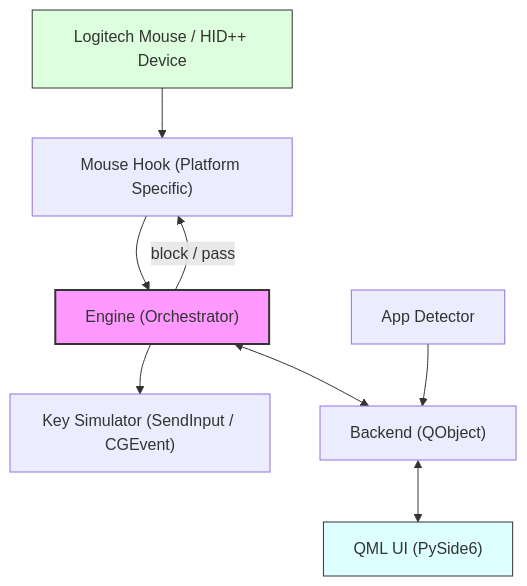
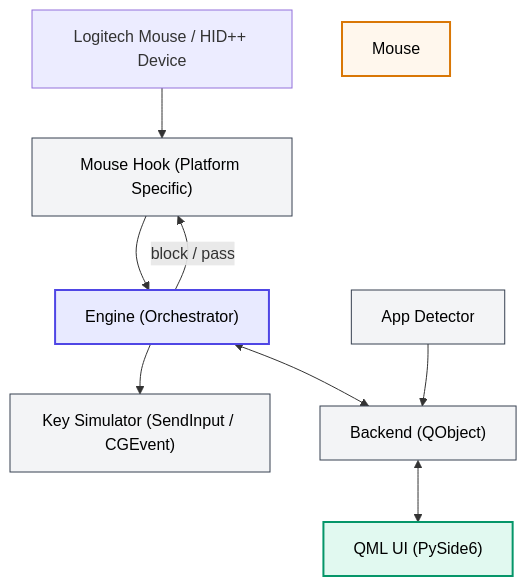
One commit to TomBadash/Mouser changed the diagram in README.md. Above: the diagram before and after it, drawn with Mermaid.

Commit message:
Improve styling in README for better clarity
Updated styling for components in the README for better readability.

````diff
--- a/README.md
+++ b/README.md
@@ -291,32 +291,36 @@
 ```mermaid
 graph TD
     %% Devices and Hooks
     Logitech["Logitech Mouse / HID++ Device"]
     Hook["Mouse Hook (Platform Specific)"]
     Engine["Engine (Orchestrator)"]
     
     %% Connections
     Logitech --> Hook
     Hook --> Engine
     
     %% Feedback Loop
     Engine -- "block / pass" --> Hook
     
     %% Outputs
     Simulator["Key Simulator (SendInput / CGEvent)"]
     Engine --> Simulator
     
     %% UI and Backend
     Backend["Backend (QObject)"]
     UI["QML UI (PySide6)"]
     Detector["App Detector"]
     
     Engine <--> Backend
     Backend <--> UI
     Detector --> Backend
 
-    %% Styling
-    style Engine fill:#f9f,stroke:#333,stroke-width:2px
-    style Logitech fill:#dfd,stroke:#333
-    style UI fill:#dff,stroke:#333
+%% Styling for better readability
+    style Engine fill:#e8eaff,stroke:#4f46e5,stroke-width:2px,color:#000
+    style UI fill:#e1f9f0,stroke:#059669,stroke-width:2px,color:#000
+    style Mouse fill:#fff7ed,stroke:#d97706,stroke-width:2px,color:#000
+    style Hook fill:#f3f4f6,stroke:#374151,color:#000
+    style Simulator fill:#f3f4f6,stroke:#374151,color:#000
+    style Backend fill:#f3f4f6,stroke:#374151,color:#000
+    style Detector fill:#f3f4f6,stroke:#374151,color:#000
 ```
````
